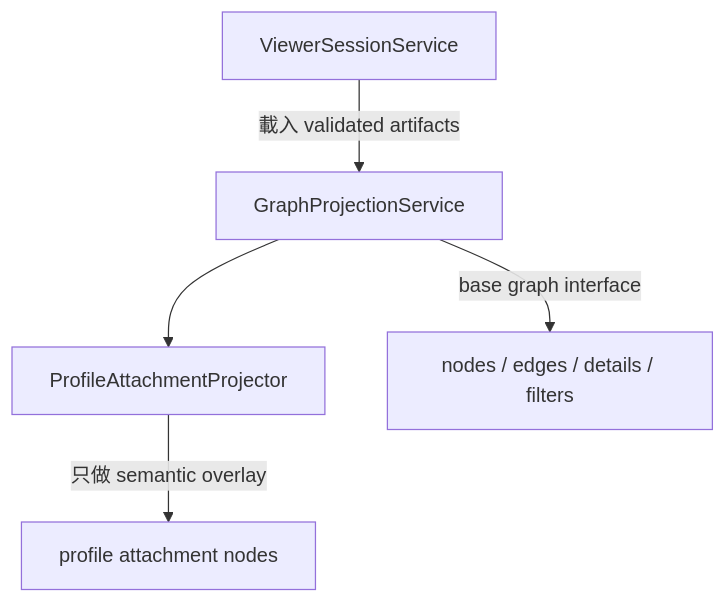
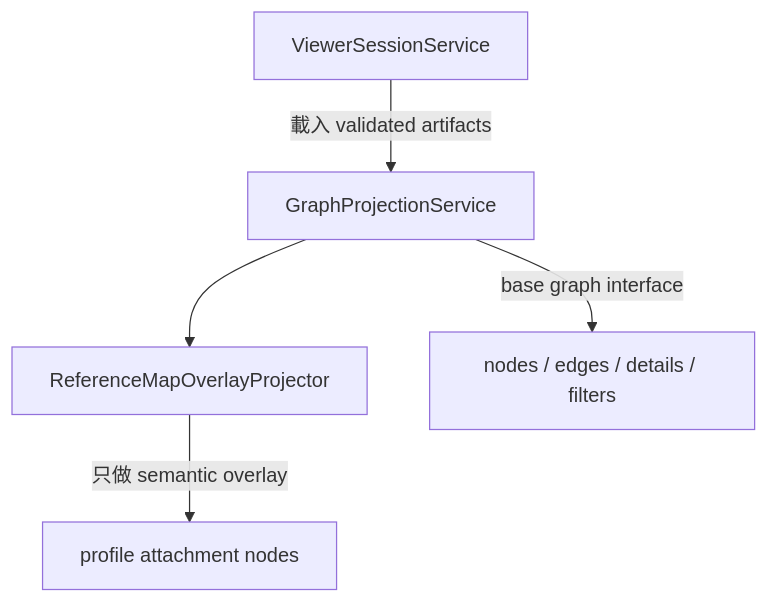
One commit to 1104030360/Systograph changed the second of 3 diagrams in docs/work/Timmy/schedule/plan/unfinish/phase2/static-trace-plan/s1-track-a-index-projection/06-deepen-graph-projection-module.md. Above: the diagram before and after it, drawn with Mermaid. The commit also changed other lines of this file and 63 other files, not shown here.

````diff
--- a/docs/work/Timmy/schedule/plan/unfinish/phase2/static-trace-plan/s1-track-a-index-projection/06-deepen-graph-projection-module.md
+++ b/docs/work/Timmy/schedule/plan/unfinish/phase2/static-trace-plan/s1-track-a-index-projection/06-deepen-graph-projection-module.md
@@ -240,10 +292,10 @@
 ```mermaid
 flowchart TD
   S[ViewerSessionService]
   GP[GraphProjectionService]
-  PA[ProfileAttachmentProjector]
+  PA[ReferenceMapOverlayProjector]
   S -->|載入 validated artifacts| GP
   GP -->|base graph interface| Nodes[nodes / edges / details / filters]
   GP --> PA
   PA -->|只做 semantic overlay| Attachments[profile attachment nodes]
 ```
````
